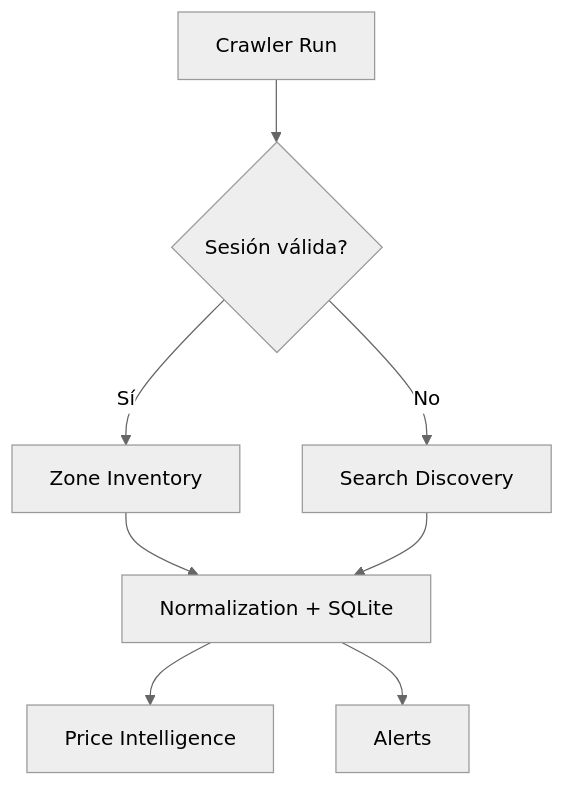
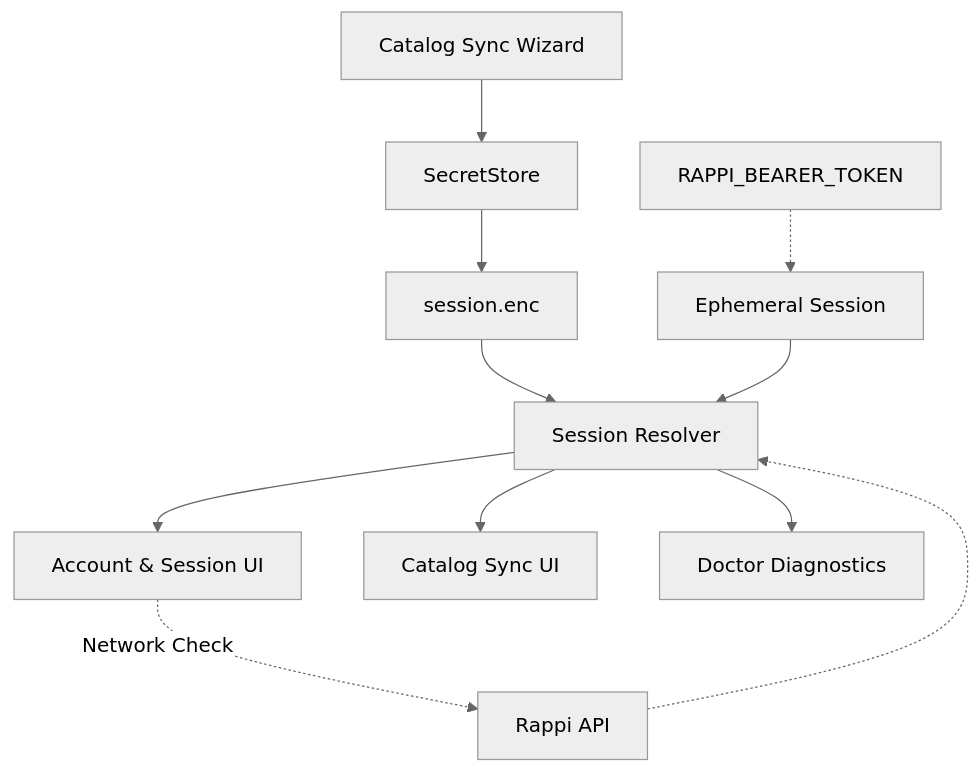
One commit to yorologo/DealHunter changed the first of 2 diagrams in docs/catalog-sync.md. Above: the diagram before and after it, drawn with Mermaid (neutral theme). The commit also changed other lines of this file and 4 other files, not shown here.

````diff
--- a/docs/catalog-sync.md
+++ b/docs/catalog-sync.md
@@ -9,16 +7,16 @@
 ```mermaid
 flowchart TD
-    START[Crawler Run]
-    SESSION{Sesión válida?}
-
-    START --> SESSION
-
-    SESSION -- Sí --> ZONE[Zone Inventory]
-    SESSION -- No --> SEARCH[Search Discovery]
-
-    ZONE --> CORE[Normalization + SQLite]
-    SEARCH --> CORE
-
-    CORE --> PI[Price Intelligence]
-    CORE --> ALERTS[Alerts]
+    WIZARD[Catalog Sync Wizard] --> STORE[SecretStore]
+    STORE --> ENC[session.enc]
+    ENV[RAPPI_BEARER_TOKEN] -.-> ENV_SESS[Ephemeral Session]
+    
+    ENC --> RESOLVER
+    ENV_SESS --> RESOLVER
+    
+    RESOLVER[Session Resolver] --> ACCOUNT_UI[Account & Session UI]
+    RESOLVER --> SYNC_UI[Catalog Sync UI]
+    RESOLVER --> DOCTOR[Doctor Diagnostics]
+    
+    ACCOUNT_UI -.->|Network Check| VALIDATE[Rappi API]
+    VALIDATE -.-> RESOLVER
 ```
````
